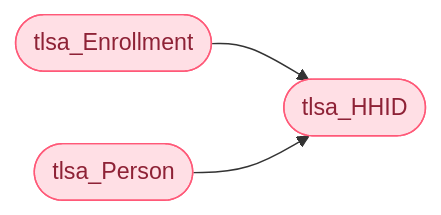
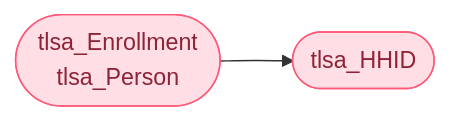
Diagram 12 of 15 in docs/05 - LSAPerson.md (MollyMcEvilley/Matilda), drawn with Mermaid before and after one commit. The commit also changed other lines of this file and 4 other files, not shown here.

Commit message:
formatting and diagrams

````diff
--- a/docs/05 - LSAPerson.md
+++ b/docs/05 - LSAPerson.md
@@ -961,17 +1062,15 @@
 ``` mermaid
 flowchart LR 
-    tn([tlsa_Enrollment]) 
-	tp([tlsa_Person])
-	th([tlsa_HHID])
+    T1([tlsa_Enrollment
+	tlsa_Person]) -->
+	T2([tlsa_HHID])
 
-	tn & tp --> th
 
-    tp:::Temp
-    tn:::Temp
-	th:::Temp
+    T1:::Temp
+    T2:::Temp
 
     classDef Temp stroke:#FF5978, fill:#FFDFE5, color:#8E2236
 	classDef LSA stroke:#FBB35A, fill:#FFEFDB, color:#8F632D 
 	classDef HMIS stroke:#374D7C, fill:#E2EBFF, color:#374D7C
 	classDef Box stroke:#999, fill:none, color:#FFFFFF 
 ```
````
